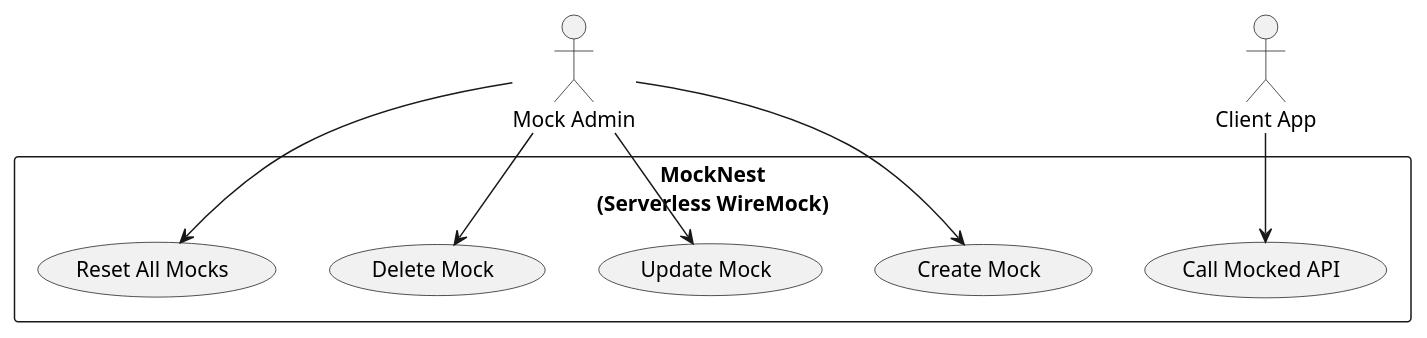
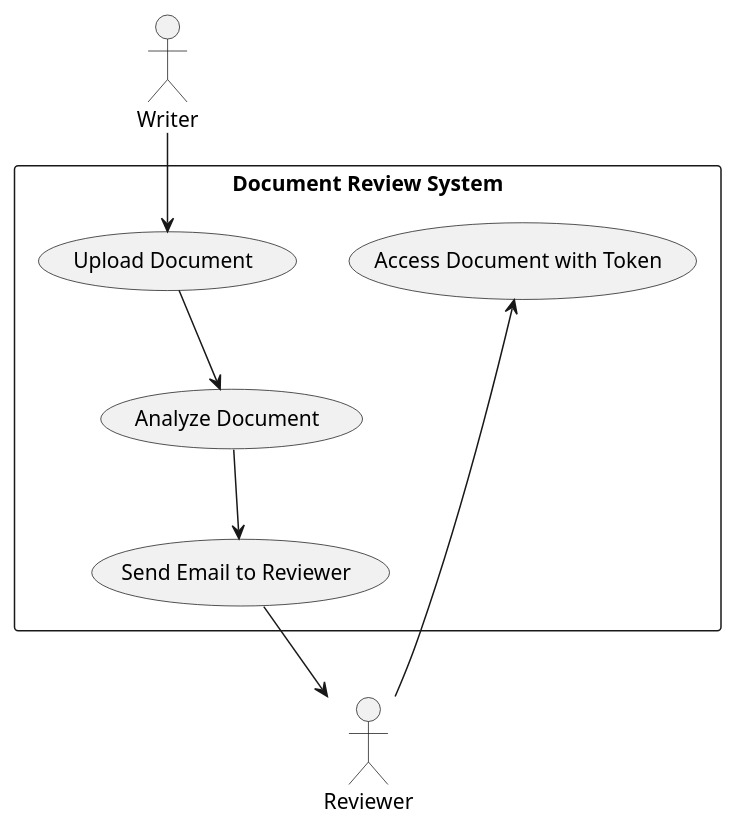
One commit to elenavanengelenmaslova/kotlin-clean-architecture-example-docs-flow changed the diagram in README.md. Above: the diagram before and after it, drawn with PlantUML. The commit also changed 18 other files, not shown here.

````diff
--- a/README.md
+++ b/README.md
@@ -4,26 +4,22 @@
 ```plantuml
 
 @startuml
 
-actor "Mock Admin" as Admin
-actor "Client App" as Client
+actor "Writer" as Writer
+actor "Reviewer" as Reviewer
 
-rectangle "MockNest\n(Serverless WireMock)" {
-  (Create Mock) as Create
-  (Update Mock) as Update
-  (Delete Mock) as Delete
-  (Reset All Mocks) as Reset
-  (Call Mocked API) as Call
+rectangle "Document Review System" {
+  (Upload Document) as Upload
+  (Analyze Document) as Analyze
+  (Send Email to Reviewer) as SendEmail
+  (Access Document with Token) as AccessLink
 }
 
-Admin --> Create
-Admin --> Update
-Admin --> Delete
-Admin --> Reset
+Writer --> Upload
+Upload --> Analyze
+Analyze --> SendEmail
+SendEmail --> Reviewer
+Reviewer --> AccessLink
 
-Client --> Call
 @enduml
-
-
-
 ```
````
